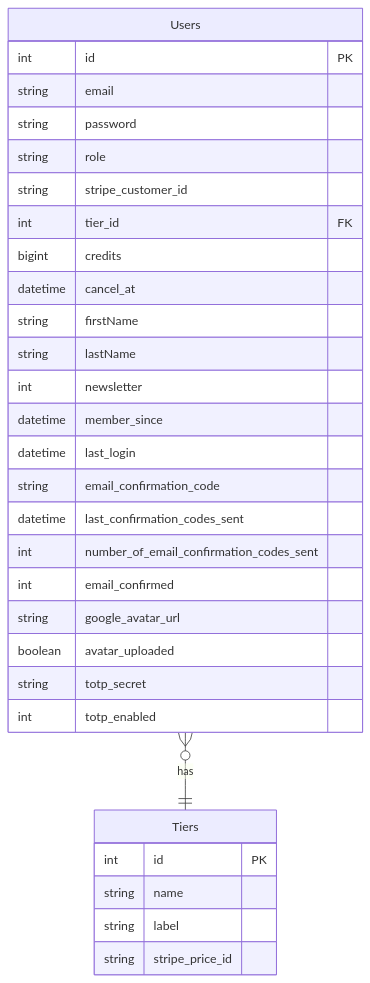
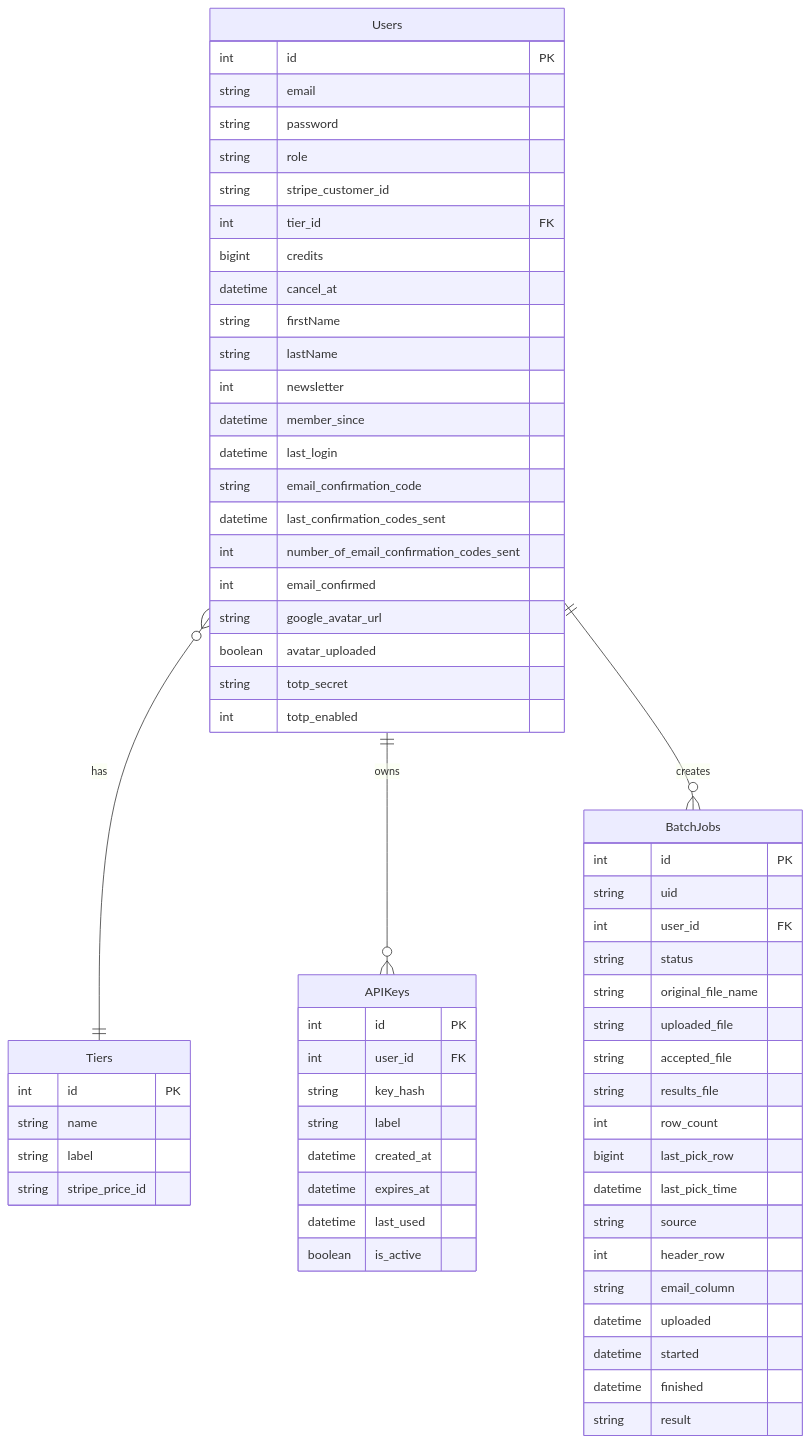
Before and after one commit to cansinacarer/maillistshield-com: the diagram in docs/source/development.rst, drawn with Mermaid.

Commit message:
docs: update db model
Add BatchJobs and APIKeys to the database model

```diff
--- a/docs/source/development.rst
+++ b/docs/source/development.rst
@@ -101,36 +101,70 @@
 .. mermaid::
 
     erDiagram
         
         Users {
             int id PK
             string email
             string password
             string role
             string stripe_customer_id
             int tier_id FK
             bigint credits
             datetime cancel_at
             string firstName
             string lastName
             int newsletter
             datetime member_since
             datetime last_login
             string email_confirmation_code
             datetime last_confirmation_codes_sent
             int number_of_email_confirmation_codes_sent
             int email_confirmed
             string google_avatar_url
             boolean avatar_uploaded
             string totp_secret
             int totp_enabled
         }
         
         Tiers {
             int id PK
             string name
             string label
             string stripe_price_id
         }
 
+        APIKeys {
+            int id PK
+            int user_id FK
+            string key_hash
+            string label
+            datetime created_at
+            datetime expires_at
+            datetime last_used
+            boolean is_active
+        }
+
+        BatchJobs {
+            int id PK
+            string uid
+            int user_id FK
+            string status
+            string original_file_name
+            string uploaded_file
+            string accepted_file
+            string results_file
+            int row_count
+            bigint last_pick_row
+            datetime last_pick_time
+            string source
+            int header_row
+            string email_column
+            datetime uploaded
+            datetime started
+            datetime finished
+            string result
+        }
+
         Users }o--|| Tiers : "has"
+        Users ||--o{ APIKeys : "owns"
+        Users ||--o{ BatchJobs : "creates"
```
